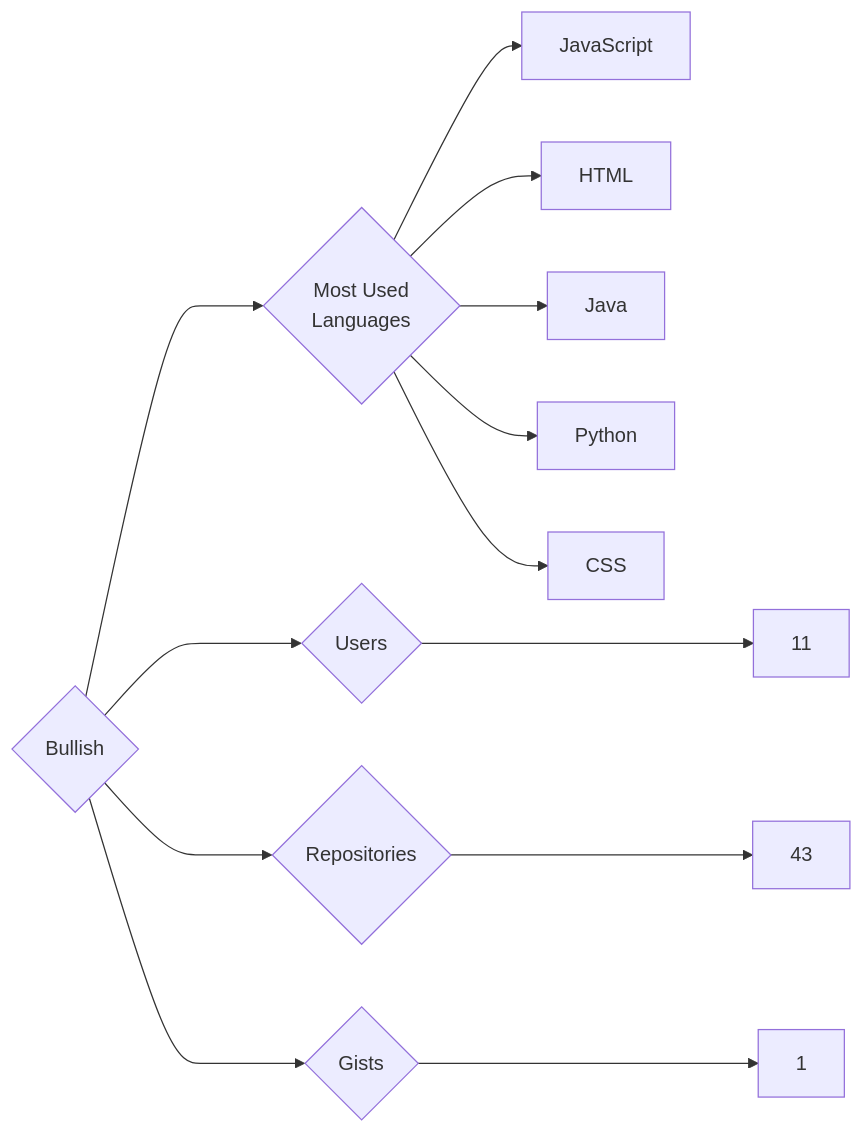
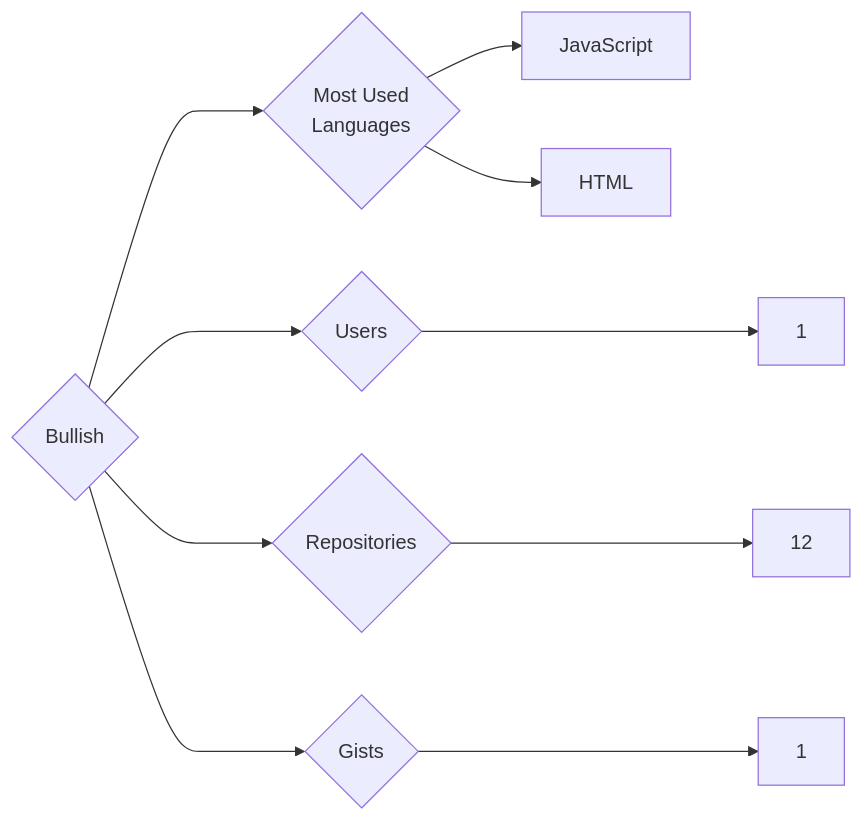
Before and after one commit to trickest/insiders: the diagram in targets/Bullish/README.md, drawn with Mermaid. The commit also changed 891 other files, not shown here.

````diff
--- a/targets/Bullish/README.md
+++ b/targets/Bullish/README.md
@@ -3,13 +3,10 @@
 ```mermaid
 graph LR
 COMPANY_NAME{Bullish}
-COMPANY_NAME ---> U{Users} ---> UN[11]
-COMPANY_NAME ---> R{Repositories} ---> RN[43]
+COMPANY_NAME ---> U{Users} ---> UN[1]
+COMPANY_NAME ---> R{Repositories} ---> RN[12]
 COMPANY_NAME ---> G{Gists} ---> GN[1]
 COMPANY_NAME ---> ML{Most Used<br>Languages}
 ML --> JavaScript[JavaScript]
 ML --> HTML[HTML]
-ML --> Java[Java]
-ML --> Python[Python]
-ML --> CSS[CSS]
 ```
````
